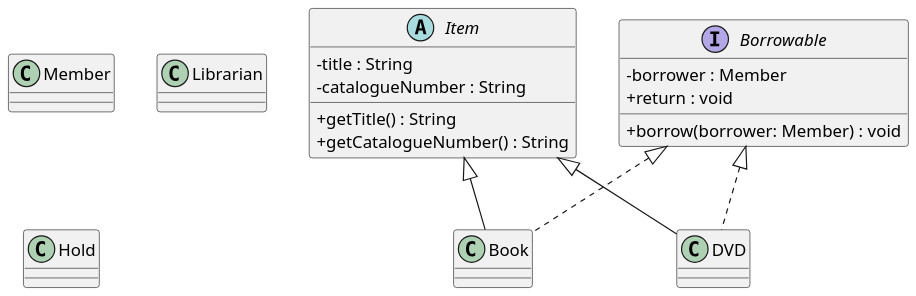
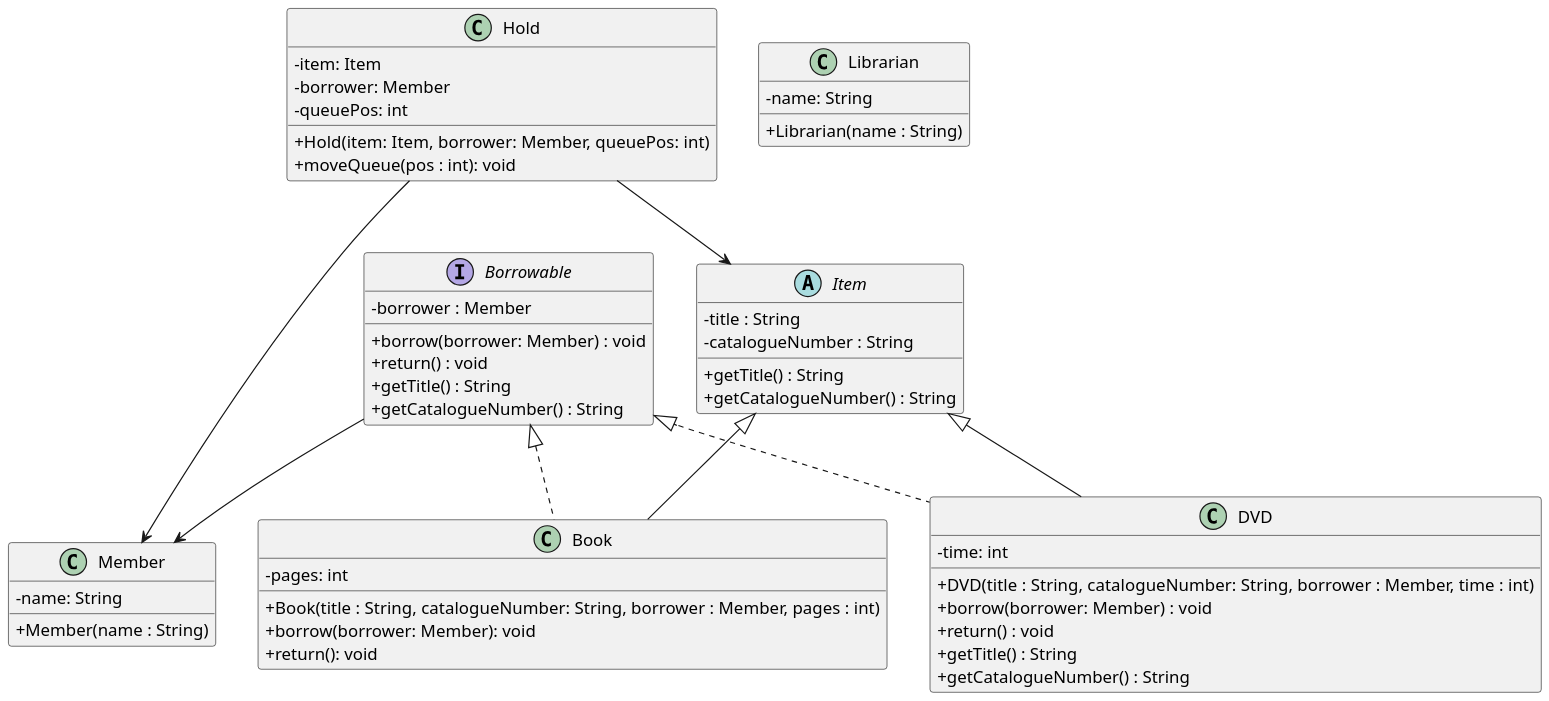
Before and after one commit to ZENITH-jpg/207-course-notes: the diagram in plantuml/exercises/library-uml-starter.puml, drawn with PlantUML.

Commit message:
more formating

```diff
--- a/plantuml/exercises/library-uml-starter.puml
+++ b/plantuml/exercises/library-uml-starter.puml
@@ -1,67 +1,86 @@
 @startuml
 skinparam dpi 150
 skinparam classAttributeIconSize 0
 
 ' Your task (Chapter 8, Question 1): draw the UML class diagram for the library
 ' specification — items, books, DVDs, reference-only items, members, librarians,
 ' and holds.
 '
 ' Define each type as a box, then connect them with the right arrows. One box
 ' (Item) is filled in as an example — decide on the rest yourself. There is more
 ' than one defensible answer.
 '
 ' PlantUML cheat-sheet:
 '   interface Name { + method() : Type }
 '   abstract class Name { # field : Type }
 '   class Name { - field : Type }
 '   Parent    <|-- Child    ' generalization: Child extends Parent
 '   Interface <|.. Class    ' realization:    Class implements Interface
 ' (Putting the parent/interface on the LEFT of the arrow keeps it on top, which
 '  is the convention used in these notes.)
 
 abstract class Item {
   - title : String
   - catalogueNumber : String
   + getTitle() : String
   + getCatalogueNumber() : String
 }
 
 ' TODO: add boxes for Book and DVD. What differs between them — a whole class,
 '       or just the value of a loan-period field?
 class Book {
-
+-pages: int
++Book(title : String, catalogueNumber: String, borrower : Member, pages : int)
++borrow(borrower: Member): void
++return(): void
 }
 
 class DVD{
-
+- time: int
++ DVD(title : String, catalogueNumber: String, borrower : Member, time : int)
++ borrow(borrower: Member) : void
++ return() : void
++ getTitle() : String
++ getCatalogueNumber() : String
 }
 
 ' TODO: reference-only items cannot be borrowed at all. Decide how to say that
 '       in the diagram: a subclass, or an interface (e.g. "Borrowable") that
 '       only some items realize?
 interface Borrowable{
 - borrower : Member
 + borrow(borrower: Member) : void
-+ return : void
++ return() : void
++ getTitle() : String
++ getCatalogueNumber() : String
 }
 
 ' TODO: add Member and Librarian. What do they have in common? Add the common
 '       supertype if you think one is warranted.
 class Member{
-
+-name: String
++Member(name : String)
 }
 class Librarian{
-
+-name: String
++Librarian(name : String)
 }
 ' TODO: add whatever represents a hold, and connect it to the classes that need
 '       to know about it.
 Class Hold{
-
+- item: Item
+- borrower: Member
+- queuePos: int
++ Hold(item: Item, borrower: Member, queuePos: int)
++ moveQueue(pos : int): void
 }
 ' TODO: add the arrows between all of your types.
 Borrowable <|.. DVD
 Borrowable <|.. Book
 Item <|-- DVD
 Item <|-- Book
+Hold --> Item
+Hold --> Member
+Borrowable --> Member
 
 @enduml
```
